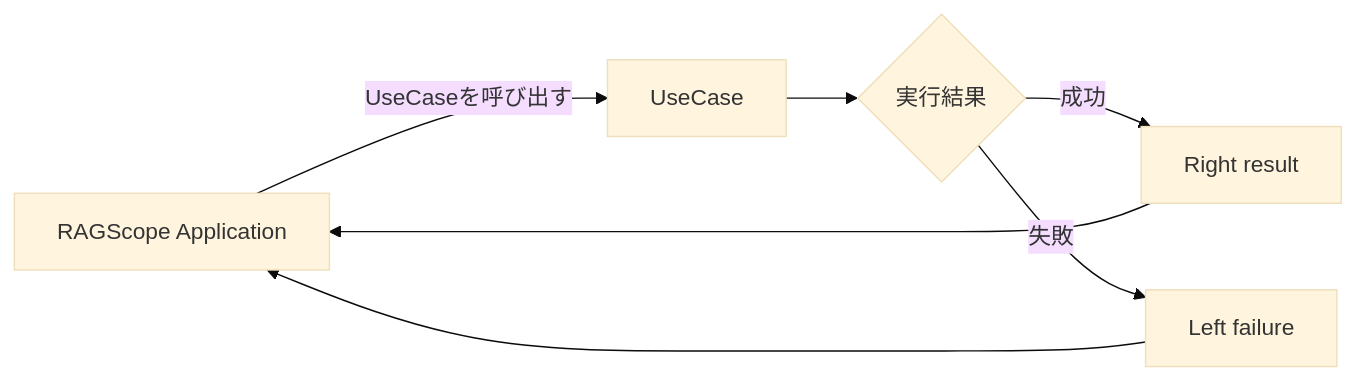
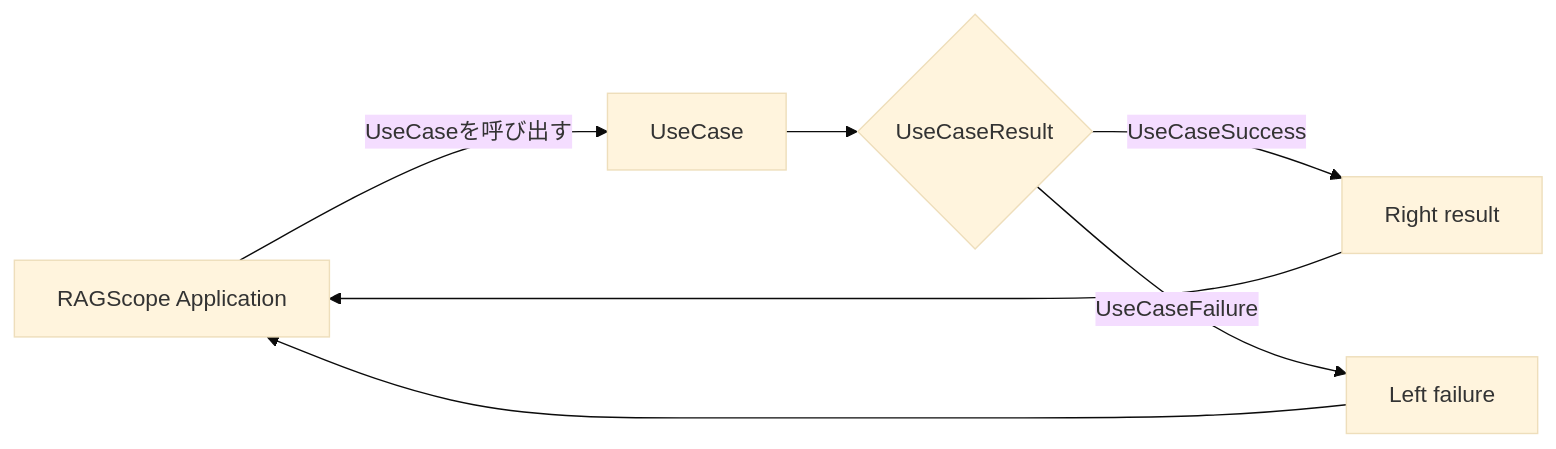
The diagram in project-docs/design/ユースケース詳細設計.md (takashit16833/RAGScope), drawn with Mermaid (base theme) before and after one commit. The commit also changed other lines of this file and 2 other files, not shown here.

Commit message:
docs: distinguish use case and operation result roles

````diff
--- a/project-docs/design/ユースケース詳細設計.md
+++ b/project-docs/design/ユースケース詳細設計.md
@@ -15,9 +27,9 @@
 ```mermaid
 flowchart LR
     Application["RAGScope Application"] -->|"UseCaseを呼び出す"| UseCase["UseCase"]
-    UseCase --> Result{"実行結果"}
-    Result -->|"成功"| Right["Right result"]
-    Result -->|"失敗"| Left["Left failure"]
+    UseCase --> Result{"UseCaseResult"}
+    Result -->|"UseCaseSuccess"| Right["Right result"]
+    Result -->|"UseCaseFailure"| Left["Left failure"]
     Right --> Application
     Left --> Application
 ```
````
